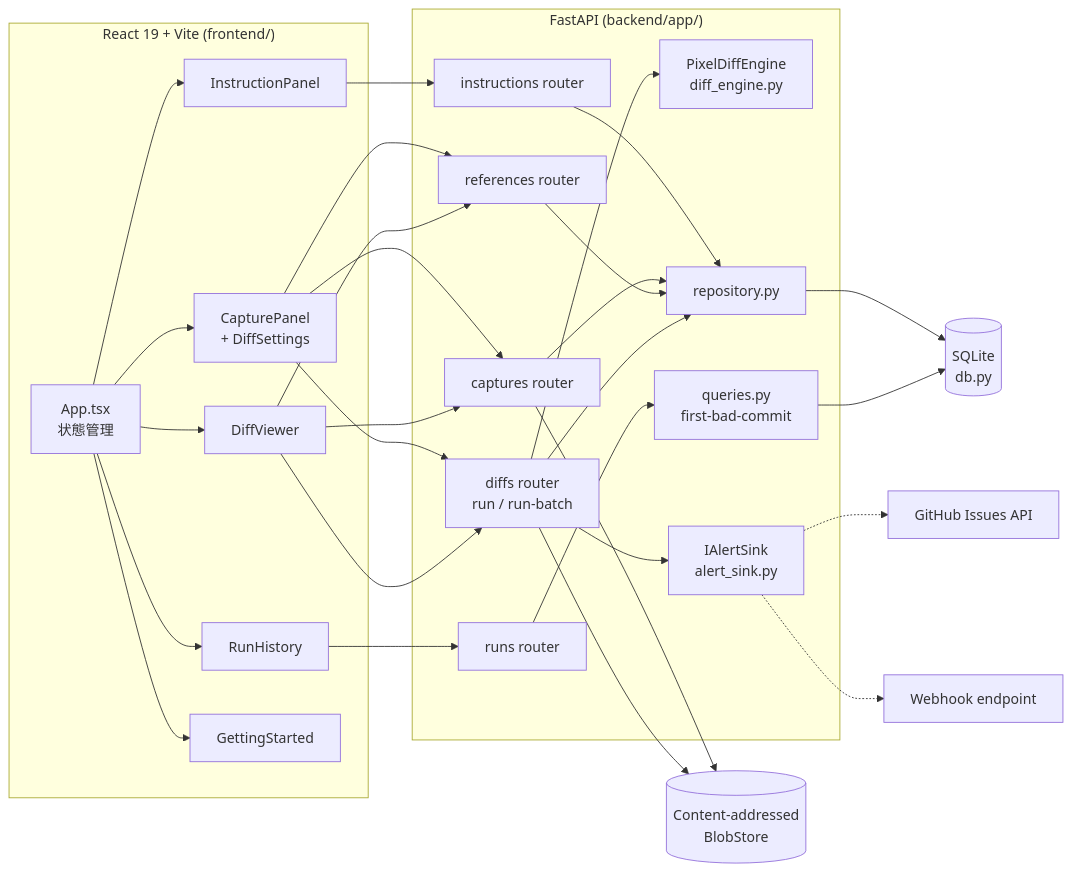
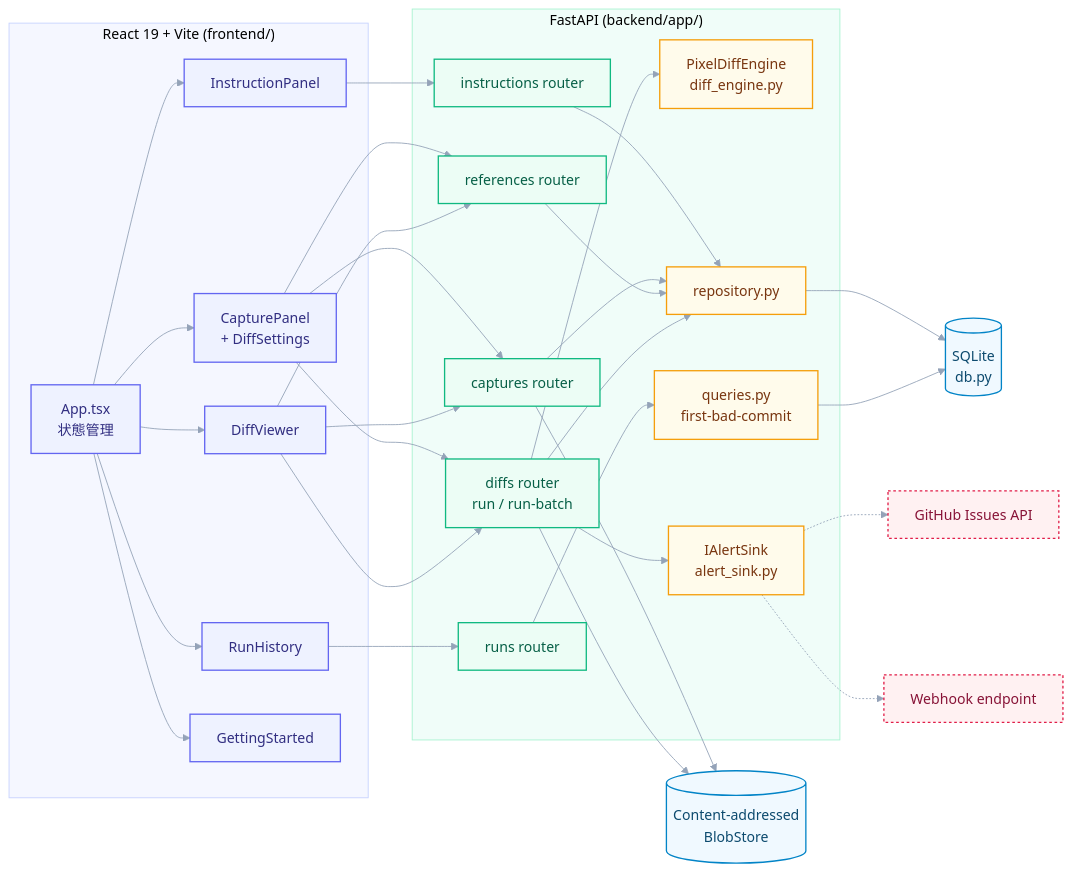
Before and after one commit to manato1201/VisualRegressionQATool: the first of 7 diagrams in docs/ARCHITECTURE.md, drawn with Mermaid. The commit also changed other lines of this file and 18 other files, not shown here.

First line of the commit message:
CaptureAgent の共通インターフェース(Unity/Houdini)を追加し、図に色を付けた

````diff
--- a/docs/ARCHITECTURE.md
+++ b/docs/ARCHITECTURE.md
@@ -7,45 +9,61 @@
 ```mermaid
+%%{init: {'theme': 'base', 'themeVariables': { 'primaryColor': '#eef2ff', 'primaryBorderColor': '#6366f1', 'primaryTextColor': '#312e81', 'lineColor': '#94a3b8', 'fontFamily': 'Inter, sans-serif' }}}%%
 flowchart LR
     subgraph Frontend["React 19 + Vite (frontend/)"]
         UI[App.tsx<br/>状態管理]
         IP[InstructionPanel]
         CP[CapturePanel<br/>+ DiffSettings]
         RH[RunHistory]
         DV[DiffViewer]
         GS[GettingStarted]
     end
 
     subgraph Backend["FastAPI (backend/app/)"]
         R1[instructions router]
         R2[captures router]
         R3[references router]
         R4[diffs router<br/>run / run-batch]
         R5[runs router]
         Engine[PixelDiffEngine<br/>diff_engine.py]
         Repo[repository.py]
         Queries[queries.py<br/>first-bad-commit]
         Alert[IAlertSink<br/>alert_sink.py]
     end
 
     DB[(SQLite<br/>db.py)]
     Blob[(Content-addressed<br/>BlobStore)]
     GH[GitHub Issues API]
     WH[Webhook endpoint]
 
     UI --> IP & CP & RH & DV & GS
     IP --> R1
     CP --> R2 & R3 & R4
     RH --> R5
     DV --> R2 & R3 & R4
 
     R2 --> Blob
     R4 --> Engine
     R4 --> Blob
     R1 & R2 & R3 & R4 --> Repo
     R5 --> Queries
     Repo --> DB
     Queries --> DB
     R4 --> Alert
     Alert -.-> GH
     Alert -.-> WH
+
+    classDef frontend fill:#eef2ff,stroke:#6366f1,stroke-width:1.5px,color:#312e81;
+    classDef router fill:#ecfdf5,stroke:#10b981,stroke-width:1.5px,color:#065f46;
+    classDef core fill:#fffbeb,stroke:#f59e0b,stroke-width:1.5px,color:#78350f;
+    classDef storage fill:#f0f9ff,stroke:#0284c7,stroke-width:1.5px,color:#0c4a6e;
+    classDef external fill:#fff1f2,stroke:#e11d48,stroke-width:1.5px,color:#881337,stroke-dasharray: 3 3;
+
+    class UI,IP,CP,RH,DV,GS frontend;
+    class R1,R2,R3,R4,R5 router;
+    class Engine,Repo,Queries,Alert core;
+    class DB,Blob storage;
+    class GH,WH external;
+
+    style Frontend fill:#f5f7ff,stroke:#c7d2fe,stroke-width:1px;
+    style Backend fill:#f0fdf9,stroke:#a7f3d0,stroke-width:1px;
 ```
````
